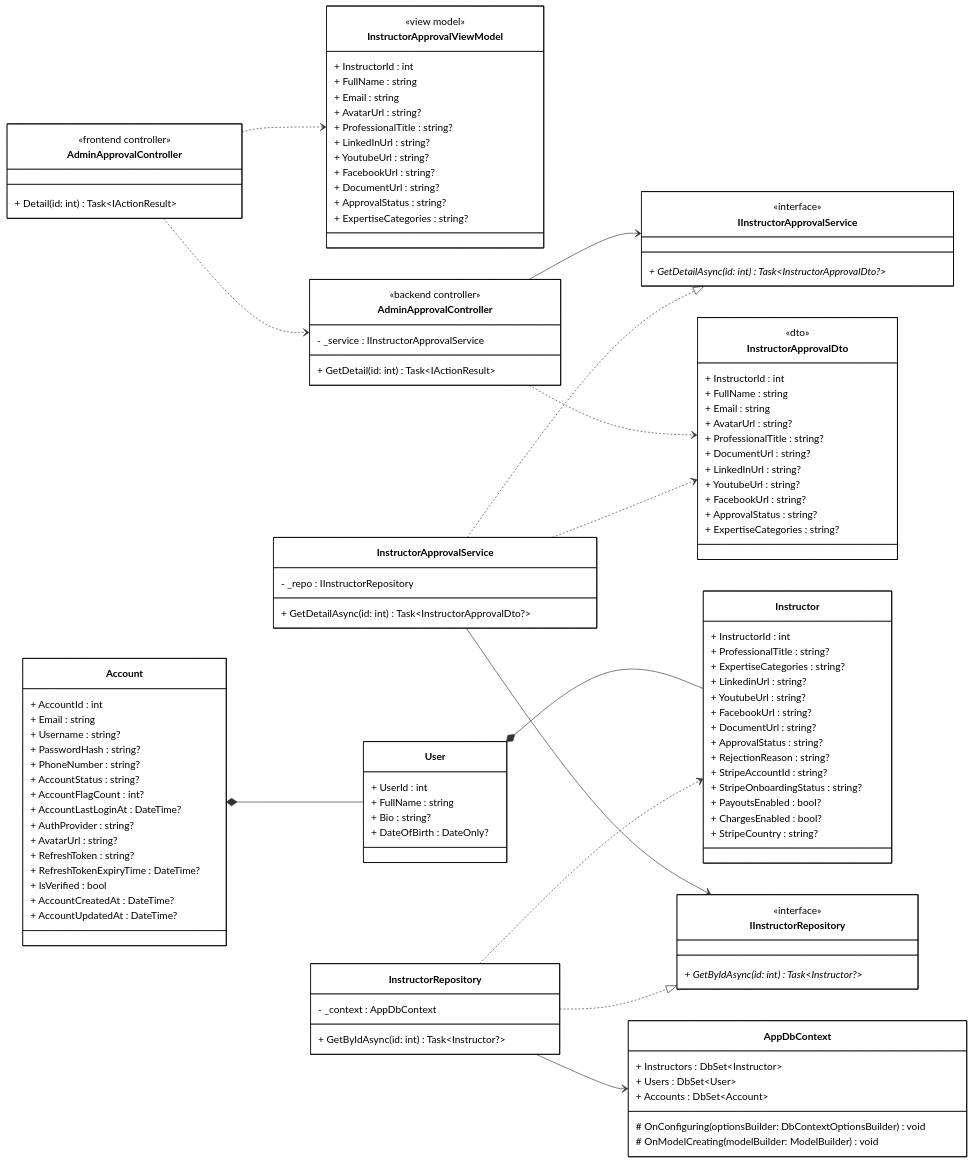
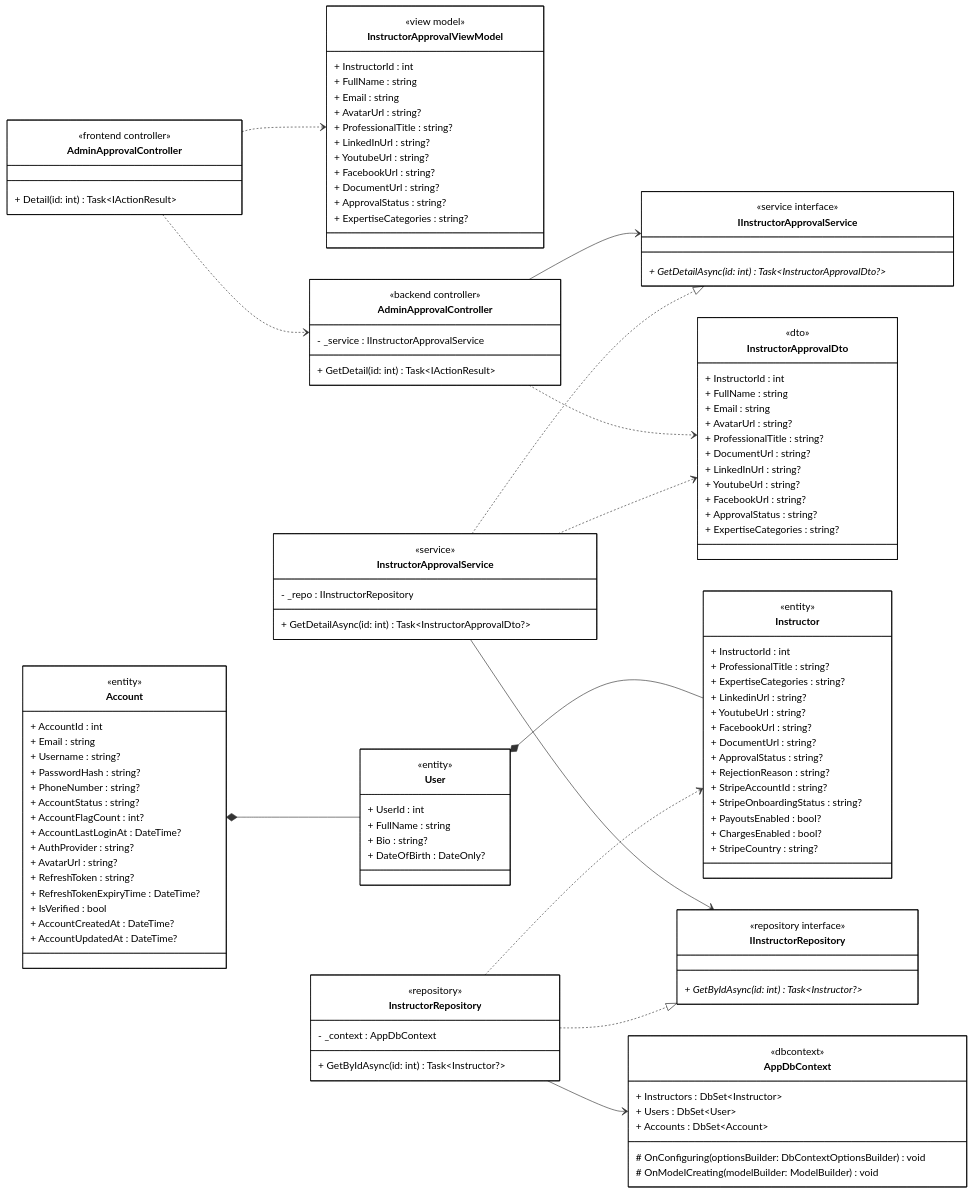
One commit to 1000do/Linked changed the diagram in diagrams/class_mermaid/manage_instructor_application/cls_mm_view_instructor_applications_detail.mmd. Above: the diagram before and after it, drawn with Mermaid. The commit also changed 34 other files, not shown here.

Commit message:
docs: generate mermaid class diagrams and plantuml sequence diagrams for chat, notification, cart, and instructor application features

```diff
--- a/diagrams/class_mermaid/manage_instructor_application/cls_mm_view_instructor_applications_detail.mmd
+++ b/diagrams/class_mermaid/manage_instructor_application/cls_mm_view_instructor_applications_detail.mmd
@@ -1,158 +1,164 @@
 classDiagram
 direction LR
 
 %% ==================== FRONTEND ====================
 
 class AdminApprovalControllerFE["AdminApprovalController"] {
     <<frontend controller>>
     + Detail(id: int) Task~IActionResult~
 }
 
 class InstructorApprovalViewModel {
     <<view model>>
     + InstructorId : int
     + FullName : string
     + Email : string
     + AvatarUrl : string?
     + ProfessionalTitle : string?
     + LinkedInUrl : string?
     + YoutubeUrl : string?
     + FacebookUrl : string?
     + DocumentUrl : string?
     + ApprovalStatus : string?
     + ExpertiseCategories : string?
 }
 
 %% ==================== BACKEND - CONTROLLER ====================
 
 class AdminApprovalControllerBE["AdminApprovalController"] {
     <<backend controller>>
     - _service : IInstructorApprovalService
     + GetDetail(id: int) Task~IActionResult~
 }
 
 %% ==================== BACKEND - DTOs ====================
 
 class InstructorApprovalDto {
     <<dto>>
     + InstructorId : int
     + FullName : string
     + Email : string
     + AvatarUrl : string?
     + ProfessionalTitle : string?
     + DocumentUrl : string?
     + LinkedInUrl : string?
     + YoutubeUrl : string?
     + FacebookUrl : string?
     + ApprovalStatus : string?
     + ExpertiseCategories : string?
 }
 
 %% ==================== BACKEND - DOMAIN ENTITIES ====================
 
 class Instructor {
+    <<entity>>
     + InstructorId : int
     + ProfessionalTitle : string?
     + ExpertiseCategories : string?
     + LinkedinUrl : string?
     + YoutubeUrl : string?
     + FacebookUrl : string?
     + DocumentUrl : string?
     + ApprovalStatus : string?
     + RejectionReason : string?
     + StripeAccountId : string?
     + StripeOnboardingStatus : string?
     + PayoutsEnabled : bool?
     + ChargesEnabled : bool?
     + StripeCountry : string?
 }
 
 class User {
+    <<entity>>
     + UserId : int
     + FullName : string
     + Bio : string?
     + DateOfBirth : DateOnly?
 }
 
 class Account {
+    <<entity>>
     + AccountId : int
     + Email : string
     + Username : string?
     + PasswordHash : string?
     + PhoneNumber : string?
     + AccountStatus : string?
     + AccountFlagCount : int?
     + AccountLastLoginAt : DateTime?
     + AuthProvider : string?
     + AvatarUrl : string?
     + RefreshToken : string?
     + RefreshTokenExpiryTime : DateTime?
     + IsVerified : bool
     + AccountCreatedAt : DateTime?
     + AccountUpdatedAt : DateTime?
 }
 
 %% ==================== BACKEND - SERVICE INTERFACES ====================
 
 class IInstructorApprovalService {
-    <<interface>>
+    <<service interface>>
     + GetDetailAsync(id: int) Task~InstructorApprovalDto?~ *
 }
 
 %% ==================== BACKEND - REPOSITORY INTERFACES ====================
 
 class IInstructorRepository {
-    <<interface>>
+    <<repository interface>>
     + GetByIdAsync(id: int) Task~Instructor?~ *
 }
 
 %% ==================== BACKEND - SERVICE IMPLEMENTATION ====================
 
 class InstructorApprovalService {
+    <<service>>
     - _repo : IInstructorRepository
     + GetDetailAsync(id: int) Task~InstructorApprovalDto?~
 }
 
 %% ==================== BACKEND - REPOSITORY IMPLEMENTATION ====================
 
 class InstructorRepository {
+    <<repository>>
     - _context : AppDbContext
     + GetByIdAsync(id: int) Task~Instructor?~
 }
 
 %% ==================== BACKEND - DbContext ====================
 
 class AppDbContext {
+    <<dbcontext>>
     + Instructors : DbSet~Instructor~
     + Users : DbSet~User~
     + Accounts : DbSet~Account~
     
     # OnConfiguring(optionsBuilder: DbContextOptionsBuilder) void
     # OnModelCreating(modelBuilder: ModelBuilder) void
 }
 
 %% ==================== RELATIONSHIPS ====================
 
 %% === COMPOSITION ===
 Account *-- User
 User *-- Instructor
 
 %% === UNIDIRECTIONAL ASSOCIATION ===
 AdminApprovalControllerBE --> IInstructorApprovalService
 InstructorApprovalService --> IInstructorRepository
 InstructorRepository --> AppDbContext
 
 %% === INTERFACE REALIZATION ===
 InstructorApprovalService ..|> IInstructorApprovalService
 InstructorRepository ..|> IInstructorRepository
 
 %% === DEPENDENCY ===
 AdminApprovalControllerFE ..> AdminApprovalControllerBE
 AdminApprovalControllerFE ..> InstructorApprovalViewModel
 AdminApprovalControllerBE ..> InstructorApprovalDto
 InstructorApprovalService ..> InstructorApprovalDto
 InstructorRepository ..> Instructor
 
 %% ==================== STYLES ====================
 
 classDef default fill:#FFFFFF,stroke:#000000,stroke-width:1px,color:#000000
```
